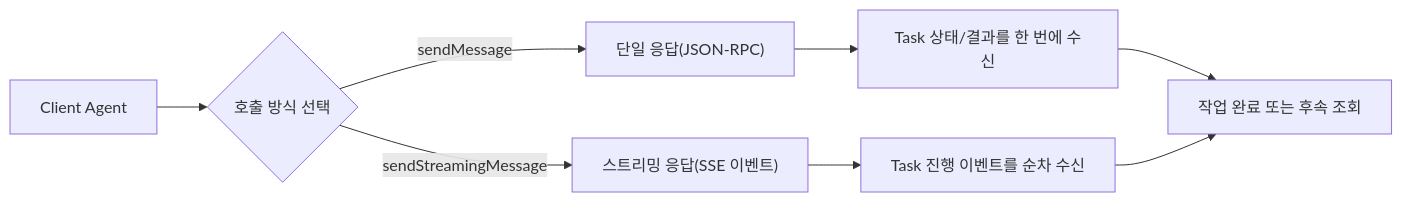
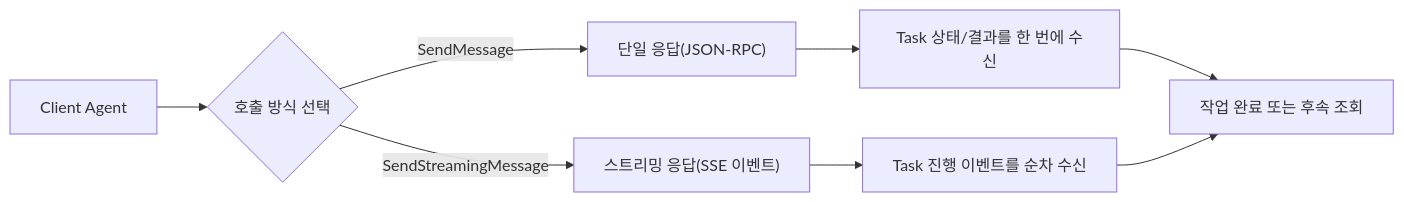
Before and after one commit to kimchanhyung98/agentic-workflows: the second of 8 diagrams in a2a/00-diagram.md, drawn with Mermaid. The commit also changed other lines of this file and 5 other files, not shown here.

````diff
--- a/a2a/00-diagram.md
+++ b/a2a/00-diagram.md
@@ -20,12 +23,12 @@
 ```mermaid
 flowchart LR
     C["Client Agent"] --> CH{"호출 방식 선택"}
-    CH -->|"sendMessage"| SM["단일 응답(JSON-RPC)"]
-    CH -->|"sendStreamingMessage"| SS["스트리밍 응답(SSE 이벤트)"]
+    CH -->|"SendMessage"| SM["단일 응답(JSON-RPC)"]
+    CH -->|"SendStreamingMessage"| SS["스트리밍 응답(SSE 이벤트)"]
 
     SM --> R1["Task 상태/결과를 한 번에 수신"]
     SS --> R2["Task 진행 이벤트를 순차 수신"]
 
     R1 --> OUT["작업 완료 또는 후속 조회"]
     R2 --> OUT
 ```
````
